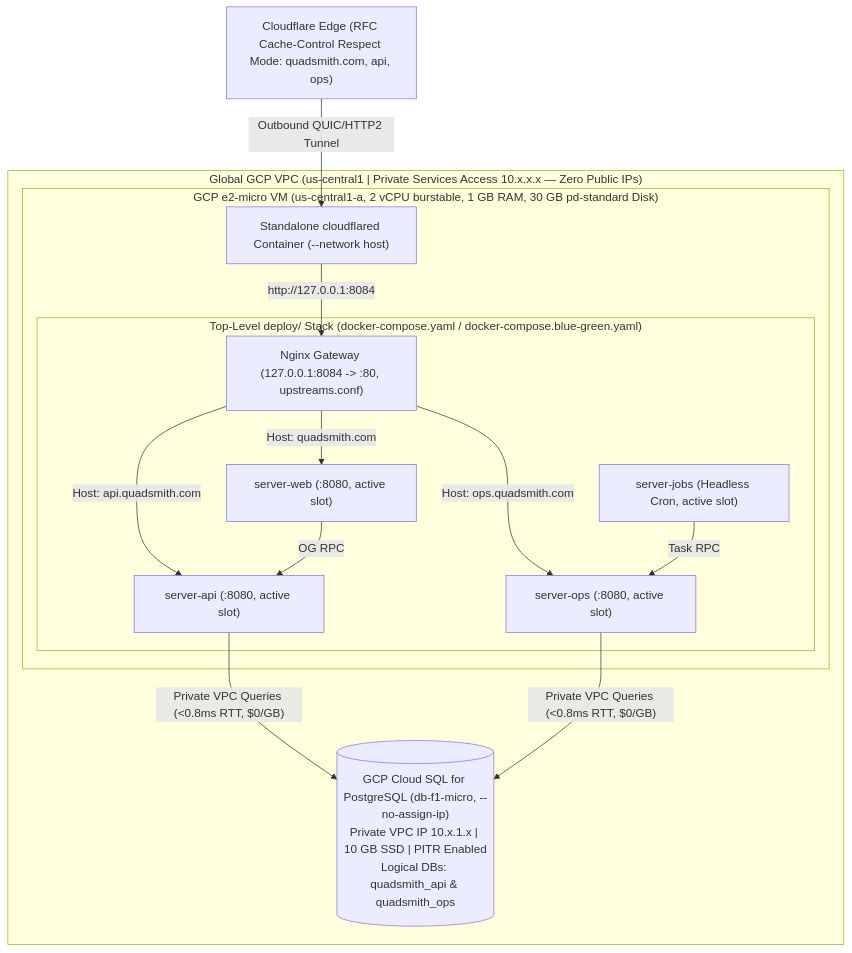
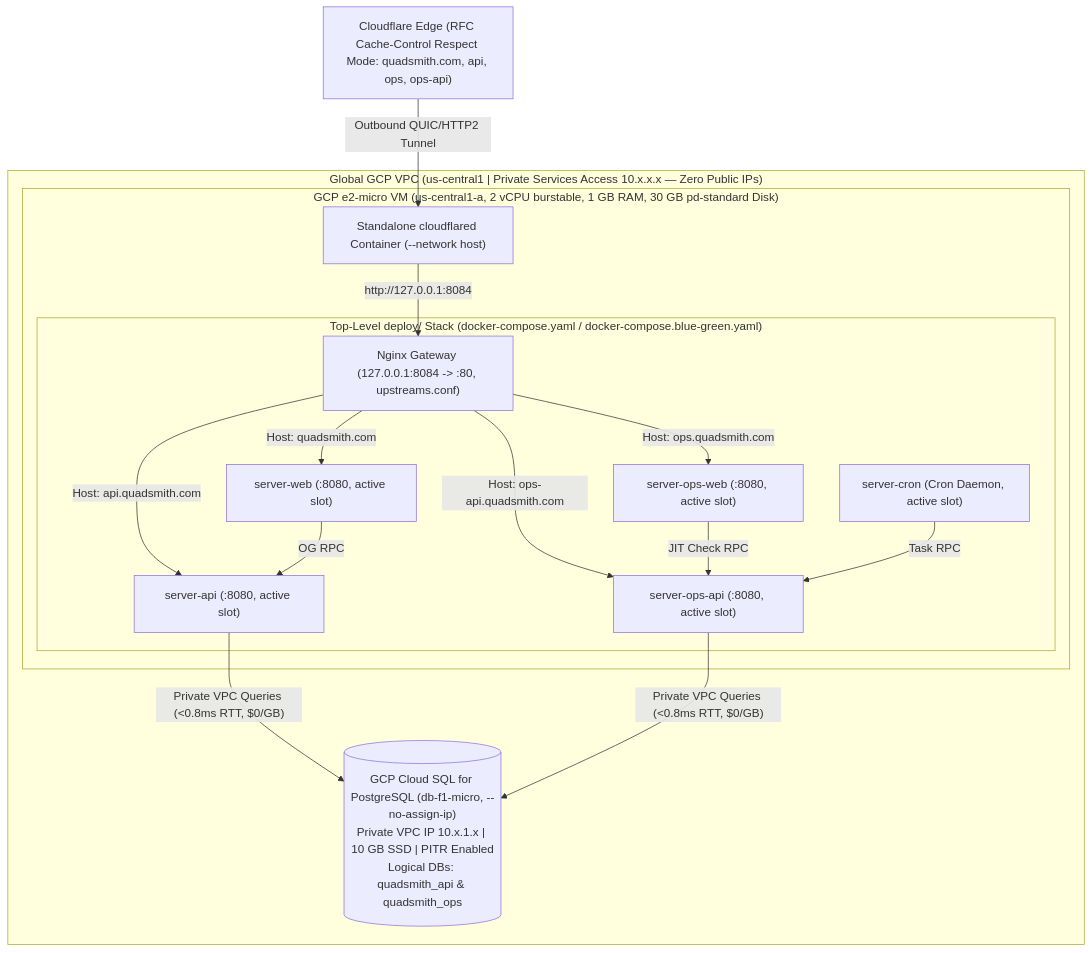
One commit to rohitramu/quadsmith changed the first of 4 diagrams in plans/deployment_architecture.md. Above: the diagram before and after it, drawn with Mermaid. The commit also changed other lines of this file and 124 other files, not shown here.

````diff
--- a/plans/deployment_architecture.md
+++ b/plans/deployment_architecture.md
@@ -137,32 +140,35 @@
 ```mermaid
 flowchart TD
-    CF["Cloudflare Edge (RFC Cache-Control Respect Mode: quadsmith.com, api, ops)"]
+    CF["Cloudflare Edge (RFC Cache-Control Respect Mode: quadsmith.com, api, ops, ops-api)"]
 
     subgraph VPC["Global GCP VPC (us-central1 | Private Services Access 10.x.x.x — Zero Public IPs)"]
         subgraph VM["GCP e2-micro VM (us-central1-a, 2 vCPU burstable, 1 GB RAM, 30 GB pd-standard Disk)"]
             Tunnel["Standalone cloudflared Container (--network host)"]
 
             subgraph Compose["Top-Level deploy/ Stack (docker-compose.yaml / docker-compose.blue-green.yaml)"]
                 Nginx["Nginx Gateway (127.0.0.1:8084 -> :80, upstreams.conf)"]
                 Web["server-web (:8080, active slot)"]
                 API["server-api (:8080, active slot)"]
-                Ops["server-ops (:8080, active slot)"]
-                Jobs["server-jobs (Headless Cron, active slot)"]
+                OpsWeb["server-ops-web (:8080, active slot)"]
+                Ops["server-ops-api (:8080, active slot)"]
+                Jobs["server-cron (Cron Daemon, active slot)"]
 
                 Nginx -->|Host: quadsmith.com| Web
                 Nginx -->|Host: api.quadsmith.com| API
-                Nginx -->|Host: ops.quadsmith.com| Ops
+                Nginx -->|Host: ops.quadsmith.com| OpsWeb
+                Nginx -->|Host: ops-api.quadsmith.com| Ops
                 Web -->|OG RPC| API
+                OpsWeb -->|JIT Check RPC| Ops
                 Jobs -->|Task RPC| Ops
             end
 
             Tunnel -->|http://127.0.0.1:8084| Nginx
         end
 
         DB[("GCP Cloud SQL for PostgreSQL (db-f1-micro, --no-assign-ip)<br>Private VPC IP 10.x.1.x | 10 GB SSD | PITR Enabled<br>Logical DBs: quadsmith_api & quadsmith_ops")]
     end
 
     CF -->|Outbound QUIC/HTTP2 Tunnel| Tunnel
     API -->|"Private VPC Queries (<0.8ms RTT, $0/GB)"| DB
     Ops -->|"Private VPC Queries (<0.8ms RTT, $0/GB)"| DB
 ```
````
